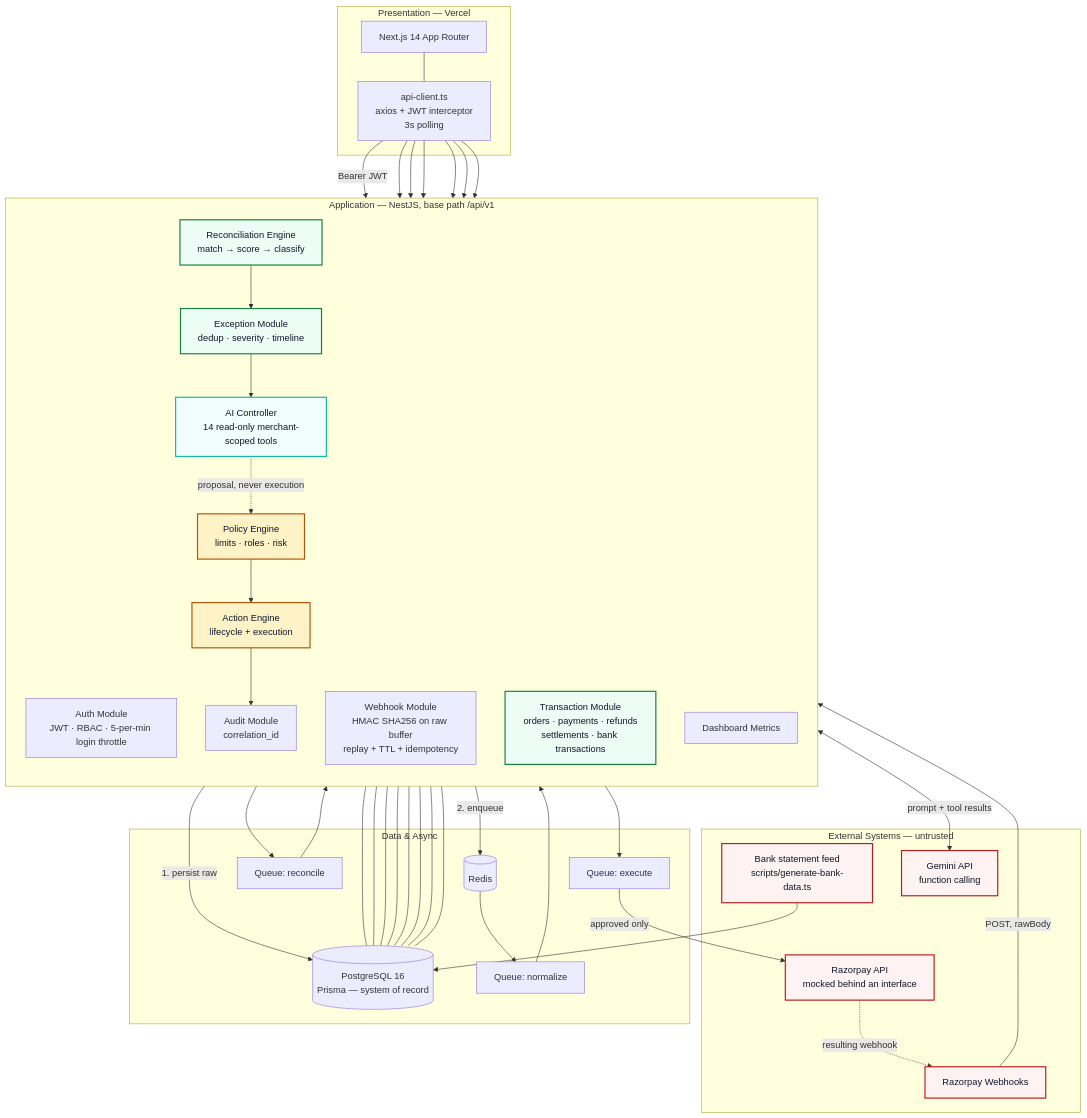
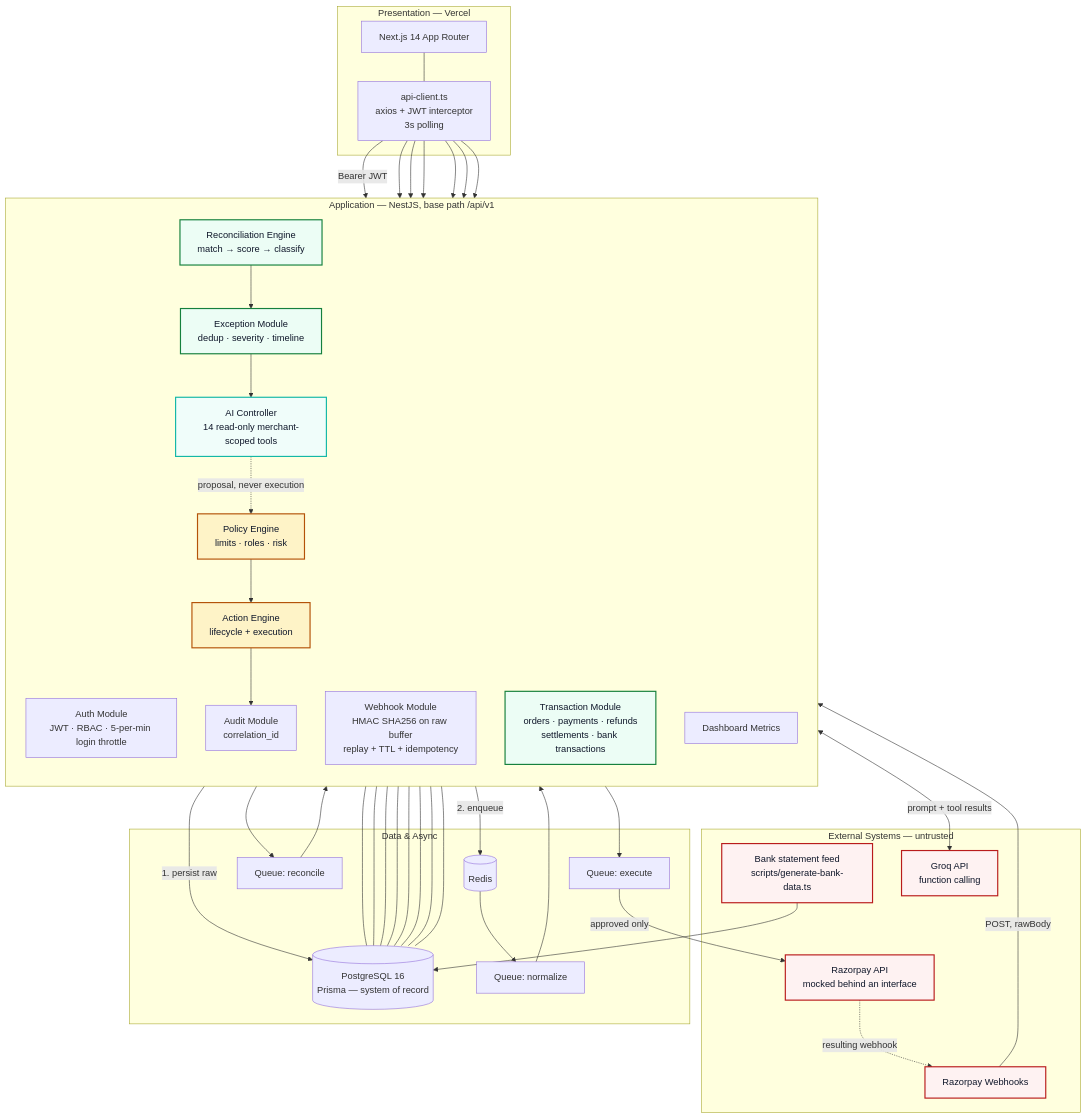
The first of 12 diagrams in docs/ARCHITECTURE.md (sudhanshukumar03/ledgerMind), drawn with Mermaid before and after one commit. The commit also changed other lines of this file and 17 other files, not shown here.

Commit message:
Migrate from Gemini to Groq API

````diff
--- a/docs/ARCHITECTURE.md
+++ b/docs/ARCHITECTURE.md
@@ -26,80 +26,80 @@
 ```mermaid
 flowchart TB
     subgraph ext["External Systems — untrusted"]
         RZP["Razorpay API<br/>mocked behind an interface"]
         WHSRC["Razorpay Webhooks"]
         BANKFEED["Bank statement feed<br/>scripts/generate-bank-data.ts"]
-        LLM["Gemini API<br/>function calling"]
+        LLM["Groq API<br/>function calling"]
     end
 
     subgraph client["Presentation — Vercel"]
         WEB["Next.js 14 App Router"]
         SWR["api-client.ts<br/>axios + JWT interceptor<br/>3s polling"]
         WEB --- SWR
     end
 
     subgraph apiL["Application — NestJS, base path /api/v1"]
         direction TB
         AUTH["Auth Module<br/>JWT · RBAC · 5-per-min login throttle"]
         WH["Webhook Module<br/>HMAC SHA256 on raw buffer<br/>replay + TTL + idempotency"]
         TXN["Transaction Module<br/>orders · payments · refunds<br/>settlements · bank transactions"]
         RECON["Reconciliation Engine<br/>match → score → classify"]
         EXC["Exception Module<br/>dedup · severity · timeline"]
         AI["AI Controller<br/>14 read-only merchant-scoped tools"]
         POL["Policy Engine<br/>limits · roles · risk"]
         ACT["Action Engine<br/>lifecycle + execution"]
         AUD["Audit Module<br/>correlation_id"]
         DASH["Dashboard Metrics"]
     end
 
     subgraph data["Data & Async"]
         PG[("PostgreSQL 16<br/>Prisma — system of record")]
         REDIS[("Redis")]
         QN["Queue: normalize"]
         QR["Queue: reconcile"]
         QE["Queue: execute"]
     end
 
     SWR -->|"Bearer JWT"| AUTH
     SWR --> TXN
     SWR --> EXC
     SWR --> AI
     SWR --> ACT
     SWR --> RECON
     SWR --> DASH
 
     WHSRC -->|"POST, rawBody"| WH
     BANKFEED --> PG
     AI <-->|"prompt + tool results"| LLM
 
     WH -->|"1. persist raw"| PG
     WH -->|"2. enqueue"| REDIS
     REDIS --> QN --> TXN
     TXN --> QR --> RECON
     RECON --> EXC
     EXC --> AI
     AI -.->|"proposal, never execution"| POL
     POL --> ACT
     ACT --> QE
     QE -->|"approved only"| RZP
     ACT --> AUD
     RZP -.->|"resulting webhook"| WHSRC
 
     AUTH --- PG
     TXN --- PG
     RECON --- PG
     EXC --- PG
     POL --- PG
     ACT --- PG
     AUD --- PG
     DASH --- PG
 
     classDef det fill:#ECFDF5,stroke:#15803D,stroke-width:2px,color:#0F172A
     classDef aic fill:#F0FDFA,stroke:#14B8A6,stroke-width:2px,color:#0F172A
     classDef gate fill:#FEF3C7,stroke:#B45309,stroke-width:2px,color:#0F172A
     classDef untrusted fill:#FEF2F2,stroke:#B91C1C,stroke-width:2px,color:#0F172A
     class RECON,TXN,EXC det
     class AI aic
     class POL,ACT gate
     class RZP,WHSRC,BANKFEED,LLM untrusted
 ```
````
